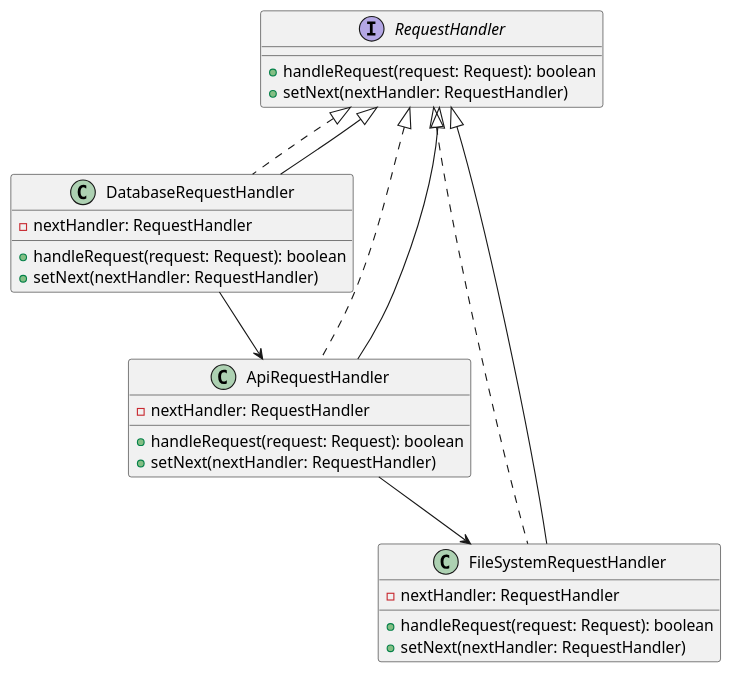
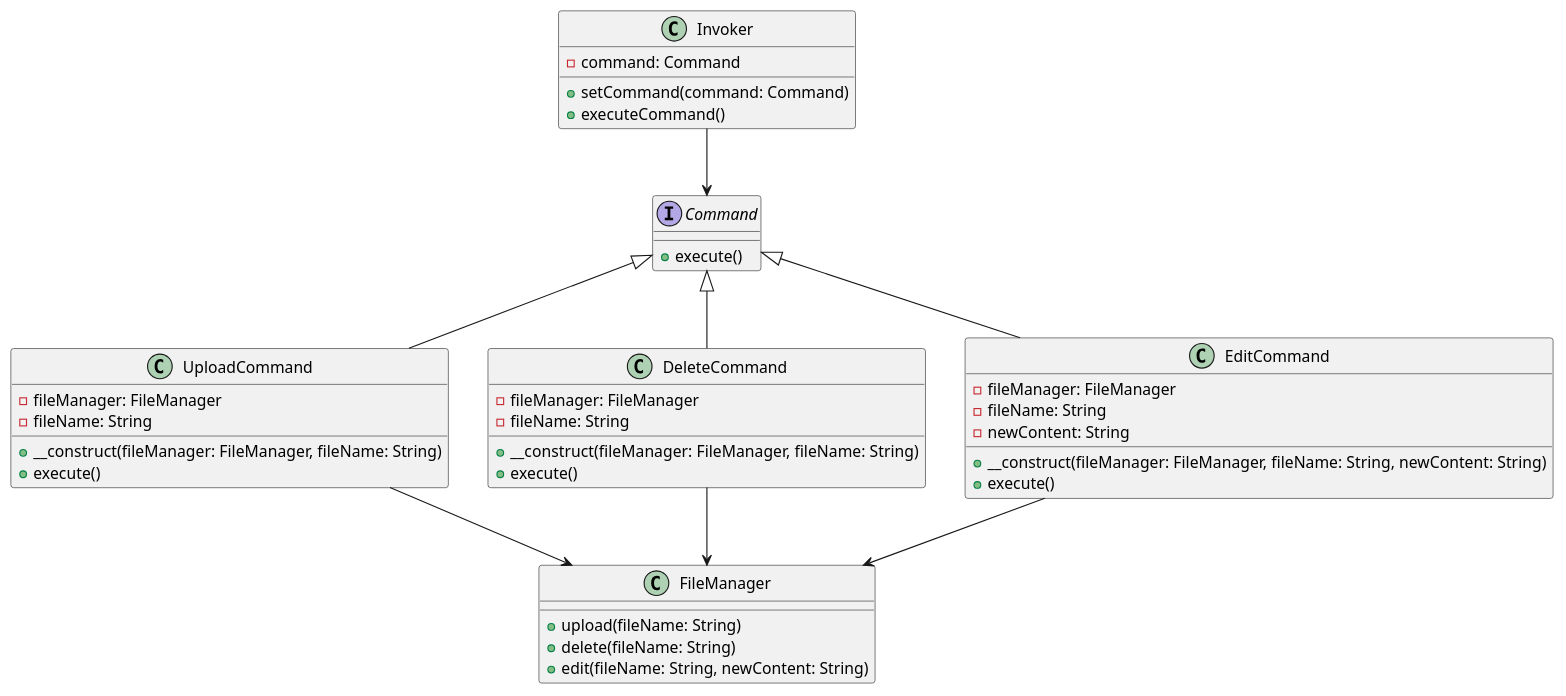
The diagram in klassifikaciya-patternov/povedencheskie-patterny-behavioral-patterns/komanda-command/primery/obrabotka-failov-i-zagruzok/php.md (andrewovchinnikov/design-patterns), drawn with PlantUML before and after one commit. The commit also changed other lines of this file and 79 other files, not shown here.

````diff
--- a/klassifikaciya-patternov/povedencheskie-patterny-behavioral-patterns/komanda-command/primery/obrabotka-failov-i-zagruzok/php.md
+++ b/klassifikaciya-patternov/povedencheskie-patterny-behavioral-patterns/komanda-command/primery/obrabotka-failov-i-zagruzok/php.md
@@ -14,32 +150,49 @@
 ```plantuml
 @startuml
-interface RequestHandler {
-    +handleRequest(request: Request): boolean
-    +setNext(nextHandler: RequestHandler)
+interface Command {
+    +execute()
 }
 
-class DatabaseRequestHandler implements RequestHandler {
-    -nextHandler: RequestHandler
-    +handleRequest(request: Request): boolean
-    +setNext(nextHandler: RequestHandler)
+class UploadCommand {
+    -fileManager: FileManager
+    -fileName: String
+    +__construct(fileManager: FileManager, fileName: String)
+    +execute()
 }
 
-class ApiRequestHandler implements RequestHandler {
-    -nextHandler: RequestHandler
-    +handleRequest(request: Request): boolean
-    +setNext(nextHandler: RequestHandler)
+class DeleteCommand {
+    -fileManager: FileManager
+    -fileName: String
+    +__construct(fileManager: FileManager, fileName: String)
+    +execute()
 }
 
-class FileSystemRequestHandler implements RequestHandler {
-    -nextHandler: RequestHandler
-    +handleRequest(request: Request): boolean
-    +setNext(nextHandler: RequestHandler)
+class EditCommand {
+    -fileManager: FileManager
+    -fileName: String
+    -newContent: String
+    +__construct(fileManager: FileManager, fileName: String, newContent: String)
+    +execute()
 }
 
-RequestHandler <|-- DatabaseRequestHandler
-RequestHandler <|-- ApiRequestHandler
-RequestHandler <|-- FileSystemRequestHandler
-DatabaseRequestHandler --> ApiRequestHandler
-ApiRequestHandler --> FileSystemRequestHandler
+class FileManager {
+    +upload(fileName: String)
+    +delete(fileName: String)
+    +edit(fileName: String, newContent: String)
+}
+
+class Invoker {
+    -command: Command
+    +setCommand(command: Command)
+    +executeCommand()
+}
+
+Command <|-- UploadCommand
+Command <|-- DeleteCommand
+Command <|-- EditCommand
+UploadCommand --> FileManager
+DeleteCommand --> FileManager
+EditCommand --> FileManager
+Invoker --> Command
 @enduml
 ```
````
